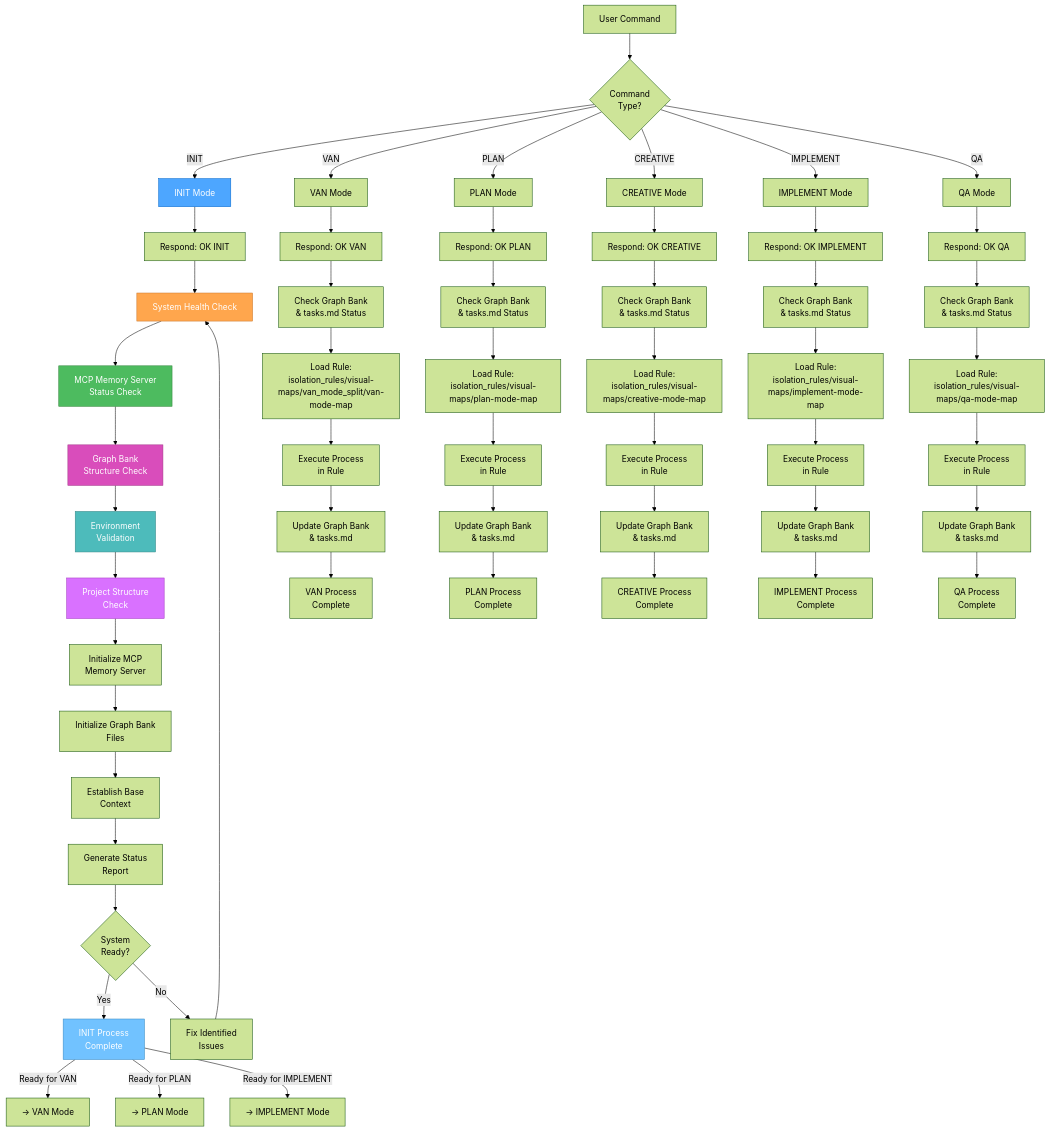
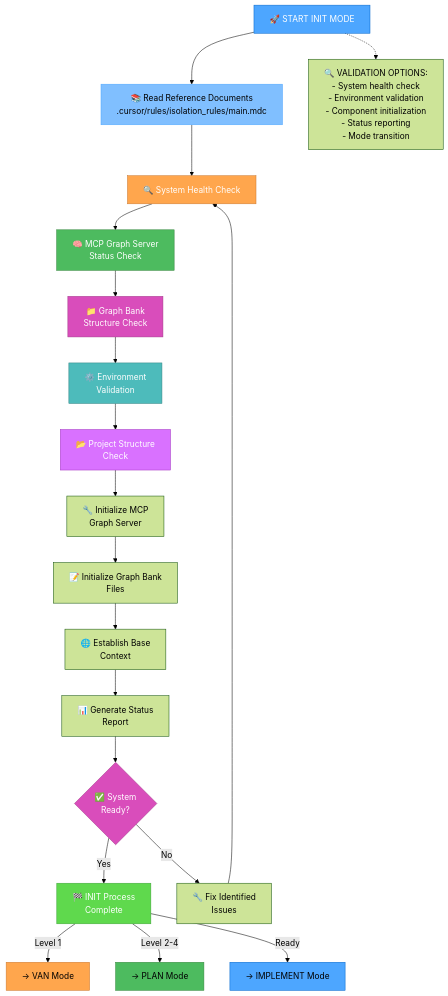
Before and after one commit to 7Spade/cursor-memory-bank: the first of 6 diagrams in .cursor/rules/isolation_rules/Modes/init-mode-detailed.mdc, drawn with Mermaid (forest theme). The commit also changed other lines of this file and 11 other files, not shown here.

Commit message:
feat: Update documentation to reflect transition from MCP Memory Server to MCP Graph Server; revise command mappings, integration rules, and mode instructions for improved clarity and consistency across the system. Ensure all references are aligned with the new Graph Bank structure.

````diff
--- a/.cursor/rules/isolation_rules/Modes/init-mode-detailed.mdc
+++ b/.cursor/rules/isolation_rules/Modes/init-mode-detailed.mdc
@@ -11,88 +11,45 @@
 ```mermaid
 graph TD
-    %% Main Command Detection
-    Start["User Command"] --> CommandDetect{"Command<br>Type?"}
+    Start["🚀 START INIT MODE"] --> ReadDocs["📚 Read Reference Documents<br>.cursor/rules/isolation_rules/main.mdc"]
     
-    CommandDetect -->|"INIT"| INIT["INIT Mode"]
-    CommandDetect -->|"VAN"| VAN["VAN Mode"]
-    CommandDetect -->|"PLAN"| Plan["PLAN Mode"]
-    CommandDetect -->|"CREATIVE"| Creative["CREATIVE Mode"]
-    CommandDetect -->|"IMPLEMENT"| Implement["IMPLEMENT Mode"]
-    CommandDetect -->|"QA"| QA["QA Mode"]
-    
-    %% Immediate Response Node
-    INIT --> InitResp["Respond: OK INIT"]
-    VAN --> VanResp["Respond: OK VAN"]
-    Plan --> PlanResp["Respond: OK PLAN"]
-    Creative --> CreativeResp["Respond: OK CREATIVE"]
-    Implement --> ImplResp["Respond: OK IMPLEMENT"]
-    QA --> QAResp["Respond: OK QA"]
-    
-    %% System Health Check
-    InitResp --> HealthCheck["System Health Check"]
-    HealthCheck --> MCPCheck["MCP Memory Server<br>Status Check"]
-    MCPCheck --> GraphCheck["Graph Bank<br>Structure Check"]
-    GraphCheck --> EnvCheck["Environment<br>Validation"]
-    EnvCheck --> ProjCheck["Project Structure<br>Check"]
+    %% Initialization
+    ReadDocs --> HealthCheck["🔍 System Health Check"]
+    HealthCheck --> MCPCheck["🧠 MCP Graph Server<br>Status Check"]
+    MCPCheck --> GraphCheck["📁 Graph Bank<br>Structure Check"]
+    GraphCheck --> EnvCheck["⚙️ Environment<br>Validation"]
+    EnvCheck --> ProjCheck["📂 Project Structure<br>Check"]
     
     %% Initialization Process
-    ProjCheck --> InitMCP["Initialize MCP<br>Memory Server"]
-    InitMCP --> InitGraph["Initialize Graph Bank<br>Files"]
-    InitGraph --> InitContext["Establish Base<br>Context"]
-    InitContext --> StatusReport["Generate Status<br>Report"]
+    ProjCheck --> InitMCP["🔧 Initialize MCP<br>Graph Server"]
+    InitMCP --> InitGraph["📝 Initialize Graph Bank<br>Files"]
+    InitGraph --> InitContext["🌐 Establish Base<br>Context"]
+    InitContext --> StatusReport["📊 Generate Status<br>Report"]
     
     %% Verification
-    StatusReport --> VerifyInit{"System<br>Ready?"}
-    VerifyInit -->|"Yes"| CompleteInit["INIT Process<br>Complete"]
-    VerifyInit -->|"No"| FixIssues["Fix Identified<br>Issues"]
+    StatusReport --> VerifyInit{"✅ System<br>Ready?"}
+    VerifyInit -->|"Yes"| CompleteInit["🏁 INIT Process<br>Complete"]
+    VerifyInit -->|"No"| FixIssues["🔧 Fix Identified<br>Issues"]
     FixIssues --> HealthCheck
     
     %% Mode Transitions
-    CompleteInit -->|"Ready for VAN"| TransToVan["→ VAN Mode"]
-    CompleteInit -->|"Ready for PLAN"| TransToPlan["→ PLAN Mode"]
-    CompleteInit -->|"Ready for IMPLEMENT"| TransToImpl["→ IMPLEMENT Mode"]
+    CompleteInit -->|"Level 1"| TransToVan["→ VAN Mode"]
+    CompleteInit -->|"Level 2-4"| TransToPlan["→ PLAN Mode"]
+    CompleteInit -->|"Ready"| TransToImpl["→ IMPLEMENT Mode"]
     
-    %% Other modes continue with Graph Bank Check
-    VanResp --> CheckGB_Van["Check Graph Bank<br>& tasks.md Status"]
-    PlanResp --> CheckGB_Plan["Check Graph Bank<br>& tasks.md Status"]
-    CreativeResp --> CheckGB_Creative["Check Graph Bank<br>& tasks.md Status"]
-    ImplResp --> CheckGB_Impl["Check Graph Bank<br>& tasks.md Status"]
-    QAResp --> CheckGB_QA["Check Graph Bank<br>& tasks.md Status"]
-    
-    %% Rule Loading for other modes
-    CheckGB_Van --> LoadVan["Load Rule:<br>isolation_rules/visual-maps/van_mode_split/van-mode-map"]
-    CheckGB_Plan --> LoadPlan["Load Rule:<br>isolation_rules/visual-maps/plan-mode-map"]
-    CheckGB_Creative --> LoadCreative["Load Rule:<br>isolation_rules/visual-maps/creative-mode-map"]
-    CheckGB_Impl --> LoadImpl["Load Rule:<br>isolation_rules/visual-maps/implement-mode-map"]
-    CheckGB_QA --> LoadQA["Load Rule:<br>isolation_rules/visual-maps/qa-mode-map"]
-    
-    %% Rule Execution
-    LoadVan --> ExecVan["Execute Process<br>in Rule"]
-    LoadPlan --> ExecPlan["Execute Process<br>in Rule"]
-    LoadCreative --> ExecCreative["Execute Process<br>in Rule"]
-    LoadImpl --> ExecImpl["Execute Process<br>in Rule"]
-    LoadQA --> ExecQA["Execute Process<br>in Rule"]
-    
-    %% Graph Bank Updates
-    ExecVan --> UpdateGB_Van["Update Graph Bank<br>& tasks.md"]
-    ExecPlan --> UpdateGB_Plan["Update Graph Bank<br>& tasks.md"]
-    ExecCreative --> UpdateGB_Creative["Update Graph Bank<br>& tasks.md"]
-    ExecImpl --> UpdateGB_Impl["Update Graph Bank<br>& tasks.md"]
-    ExecQA --> UpdateGB_QA["Update Graph Bank<br>& tasks.md"]
-    
-    %% Completion
-    UpdateGB_Van --> CompleteVan["VAN Process<br>Complete"]
-    UpdateGB_Plan --> CompletePlan["PLAN Process<br>Complete"]
-    UpdateGB_Creative --> CompleteCreative["CREATIVE Process<br>Complete"]
-    UpdateGB_Impl --> CompleteImpl["IMPLEMENT Process<br>Complete"]
-    UpdateGB_QA --> CompleteQA["QA Process<br>Complete"]
+    %% Validation Options
+    Start -.-> Validation["🔍 VALIDATION OPTIONS:<br>- System health check<br>- Environment validation<br>- Component initialization<br>- Status reporting<br>- Mode transition"]
     
     %% Styling
-    style INIT fill:#4da6ff,stroke:#0066cc,color:white
+    style Start fill:#4da6ff,stroke:#0066cc,color:white
+    style ReadDocs fill:#80bfff,stroke:#4da6ff,color:black
     style HealthCheck fill:#ffa64d,stroke:#cc7a30,color:white
     style MCPCheck fill:#4dbb5f,stroke:#36873f,color:white
     style GraphCheck fill:#d94dbb,stroke:#a3378a,color:white
     style EnvCheck fill:#4dbbbb,stroke:#368787,color:white
     style ProjCheck fill:#d971ff,stroke:#a33bc2,color:white
-    style CompleteInit fill:#71c2ff,stroke:#3b8ac2,color:white
+    style VerifyInit fill:#d94dbb,stroke:#a3378a,color:white
+    style CompleteInit fill:#5fd94d,stroke:#3da336,color:white
+    style TransToVan fill:#ffa64d,stroke:#cc7a30,color:black
+    style TransToPlan fill:#4dbb5f,stroke:#36873f,color:black
+    style TransToImpl fill:#4da6ff,stroke:#0066cc,color:black
 ```
````
